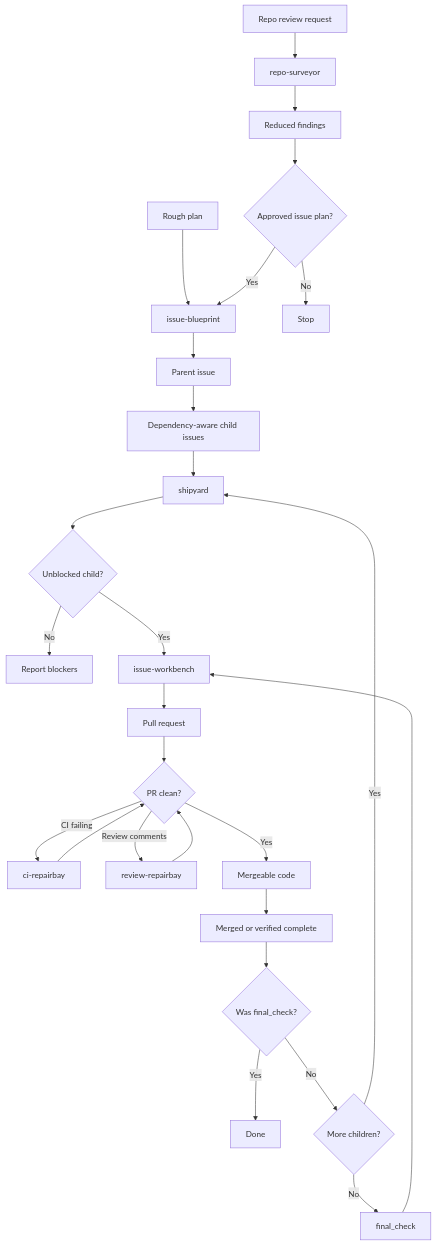
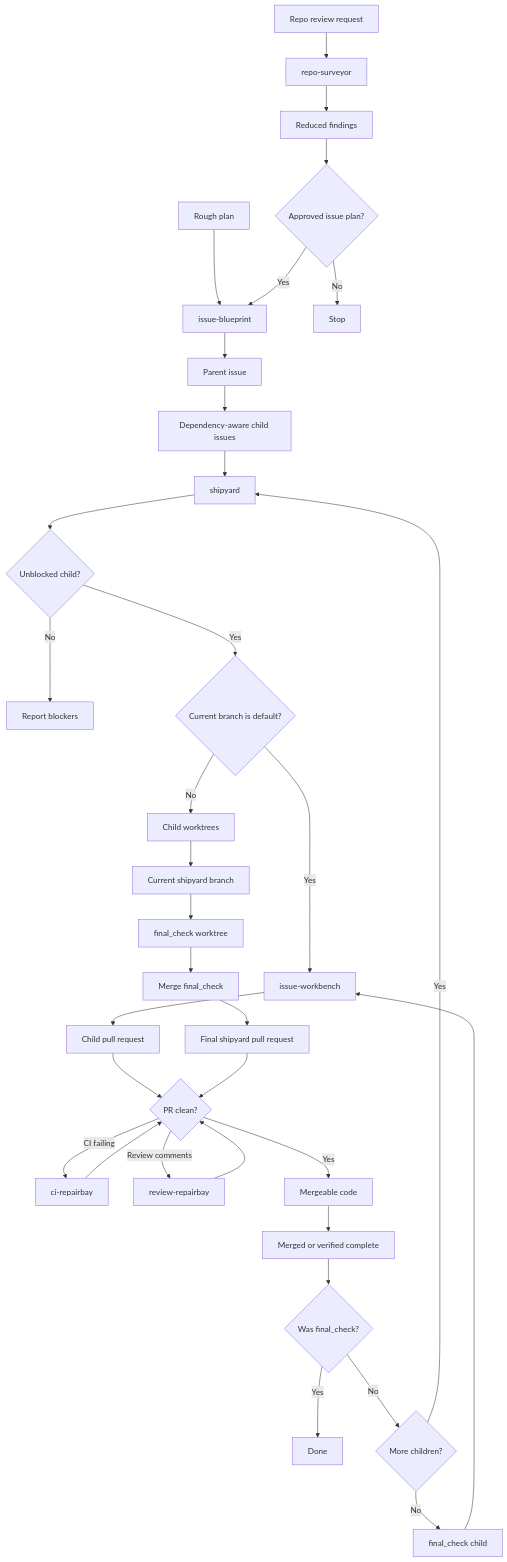
The first of 5 diagrams in README.md (HenryQW/skills), drawn with Mermaid before and after one commit. The commit also changed other lines of this file and 8 other files, not shown here.

````diff
--- a/README.md
+++ b/README.md
@@ -16,29 +16,36 @@
 ```mermaid
 flowchart TD
   rough["Rough plan"] --> blueprint["issue-blueprint"]
   audit["Repo review request"] --> surveyor["repo-surveyor"]
   surveyor --> reduce["Reduced findings"]
   reduce --> approved{"Approved issue plan?"}
   approved -->|Yes| blueprint
   approved -->|No| stop["Stop"]
   blueprint --> parent["Parent issue"]
   parent --> children["Dependency-aware child issues"]
   children --> shipyard["shipyard"]
   shipyard --> ready{"Unblocked child?"}
   ready -->|No| blocked["Report blockers"]
-  ready -->|Yes| workbench["issue-workbench"]
-  workbench --> pr["Pull request"]
-  pr --> health{"PR clean?"}
+  ready -->|Yes| mode{"Current branch is default?"}
+  mode -->|Yes| workbench["issue-workbench"]
+  workbench --> child_pr["Child pull request"]
+  mode -->|No| worktrees["Child worktrees"]
+  worktrees --> integrate["Current shipyard branch"]
+  integrate --> final_branch["final_check worktree"]
+  final_branch --> final_merge["Merge final_check"]
+  final_merge --> final_pr["Final shipyard pull request"]
+  child_pr --> health{"PR clean?"}
+  final_pr --> health
   health -->|CI failing| ci_repair["ci-repairbay"]
   health -->|Review comments| review_repair["review-repairbay"]
   health -->|Yes| mergeable["Mergeable code"]
   ci_repair --> health
   review_repair --> health
   mergeable --> complete["Merged or verified complete"]
   complete --> final_done{"Was final_check?"}
   final_done -->|Yes| done["Done"]
   final_done -->|No| more{"More children?"}
   more -->|Yes| shipyard
-  more -->|No| final["final_check"]
-  final --> workbench
+  more -->|No| final_child["final_check child"]
+  final_child --> workbench
 ```
````
